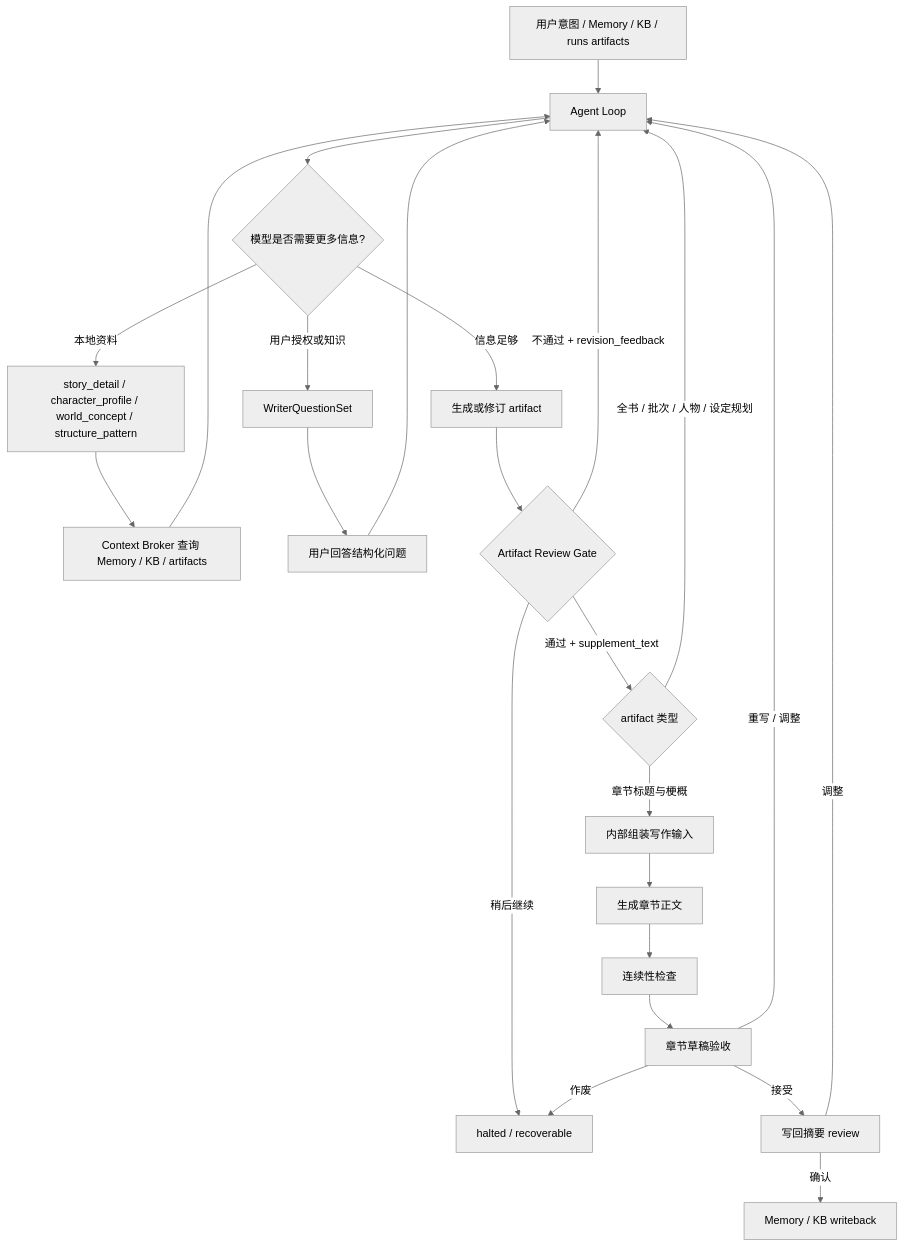
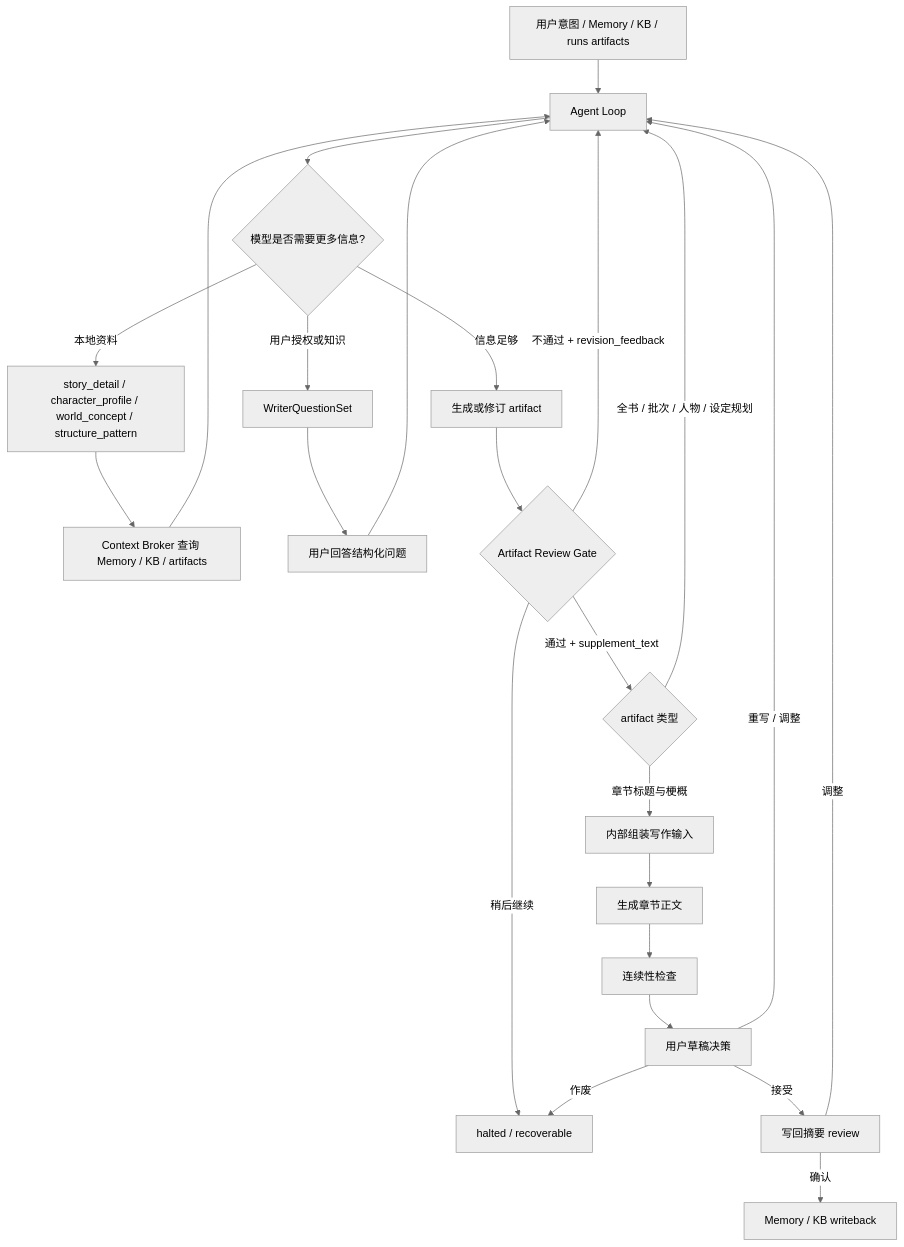
Before and after one commit to xxs-wallace/novel-agent: the diagram in .trae/specs/writer-agent-layered-generation/design.md, drawn with Mermaid (neutral theme). The commit also changed other lines of this file and 82 other files, not shown here.

````diff
--- a/.trae/specs/writer-agent-layered-generation/design.md
+++ b/.trae/specs/writer-agent-layered-generation/design.md
@@ -40,26 +40,26 @@
 ```mermaid
 flowchart TD
     A["用户意图 / Memory / KB / runs artifacts"] --> B["Agent Loop"]
     B --> C{"模型是否需要更多信息?"}
     C -->|本地资料| D["story_detail / character_profile / world_concept / structure_pattern"]
     D --> E["Context Broker 查询 Memory / KB / artifacts"]
     E --> B
     C -->|用户授权或知识| F["WriterQuestionSet"]
     F --> G["用户回答结构化问题"]
     G --> B
     C -->|信息足够| H["生成或修订 artifact"]
     H --> I{"Artifact Review Gate"}
     I -->|通过 + supplement_text| J{"artifact 类型"}
     I -->|不通过 + revision_feedback| B
     I -->|稍后继续| K["halted / recoverable"]
     J -->|全书 / 批次 / 人物 / 设定规划| B
     J -->|章节标题与梗概| L["内部组装写作输入"]
     L --> M["生成章节正文"]
     M --> N["连续性检查"]
-    N --> O["章节草稿验收"]
+    N --> O["用户草稿决策"]
     O -->|接受| P["写回摘要 review"]
     O -->|重写 / 调整| B
     O -->|作废| K
     P -->|确认| Q["Memory / KB writeback"]
     P -->|调整| B
 ```
````
